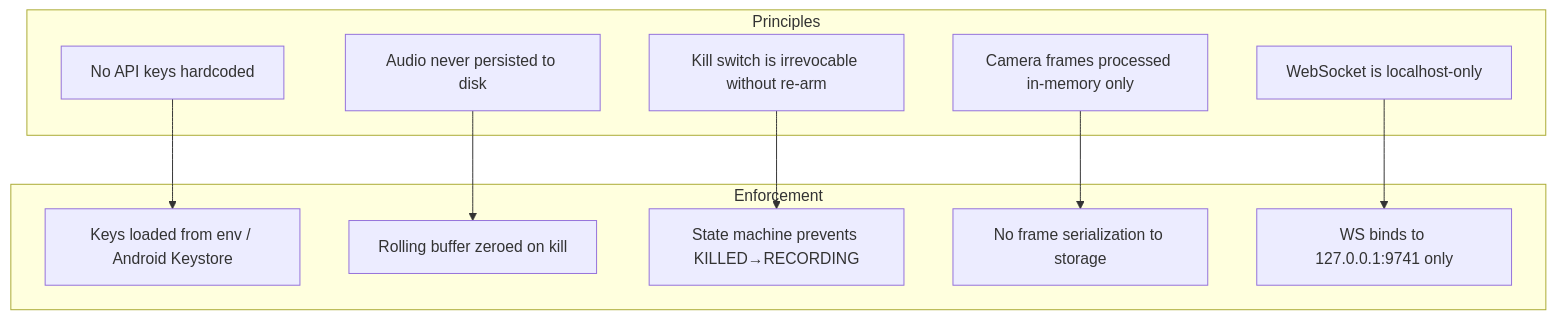
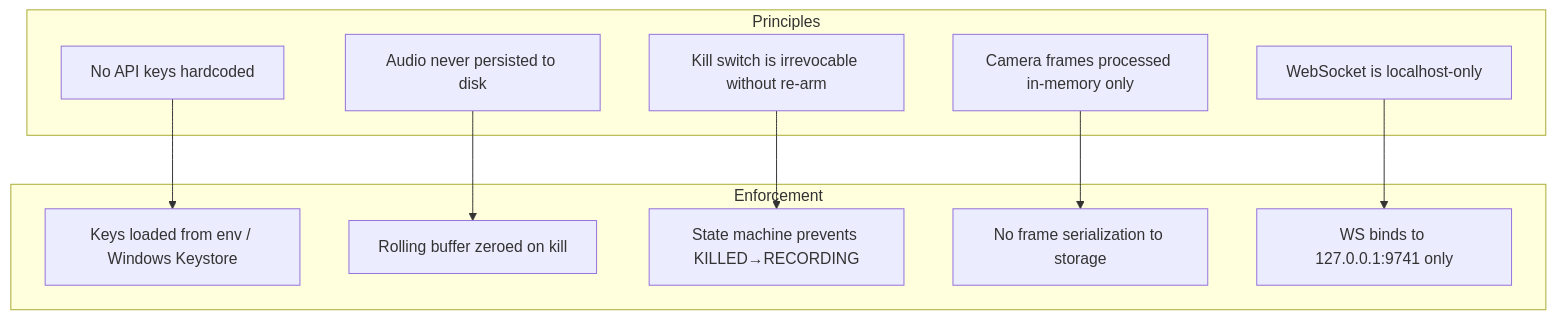
Before and after one commit to Damamamamam/SARVIS: the seventh of 7 diagrams in docs/architecture.md, drawn with Mermaid. The commit also changed other lines of this file and 86 other files, not shown here.

````diff
--- a/docs/architecture.md
+++ b/docs/architecture.md
@@ -261,24 +261,24 @@
 ```mermaid
 flowchart TD
     subgraph Principles
         P1["No API keys hardcoded"]
         P2["Audio never persisted to disk"]
         P3["Kill switch is irrevocable without re-arm"]
         P4["Camera frames processed in-memory only"]
         P5["WebSocket is localhost-only"]
     end
 
     subgraph Enforcement
-        E1["Keys loaded from env / Android Keystore"]
+        E1["Keys loaded from env / Windows Keystore"]
         E2["Rolling buffer zeroed on kill"]
         E3["State machine prevents KILLED→RECORDING"]
         E4["No frame serialization to storage"]
         E5["WS binds to 127.0.0.1:9741 only"]
     end
 
     P1 --> E1
     P2 --> E2
     P3 --> E3
     P4 --> E4
     P5 --> E5
 ```
````
